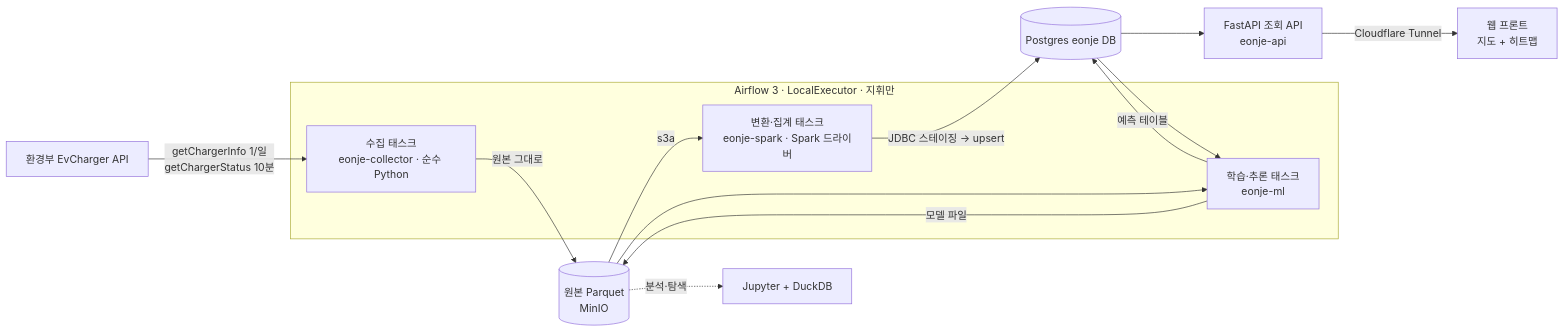
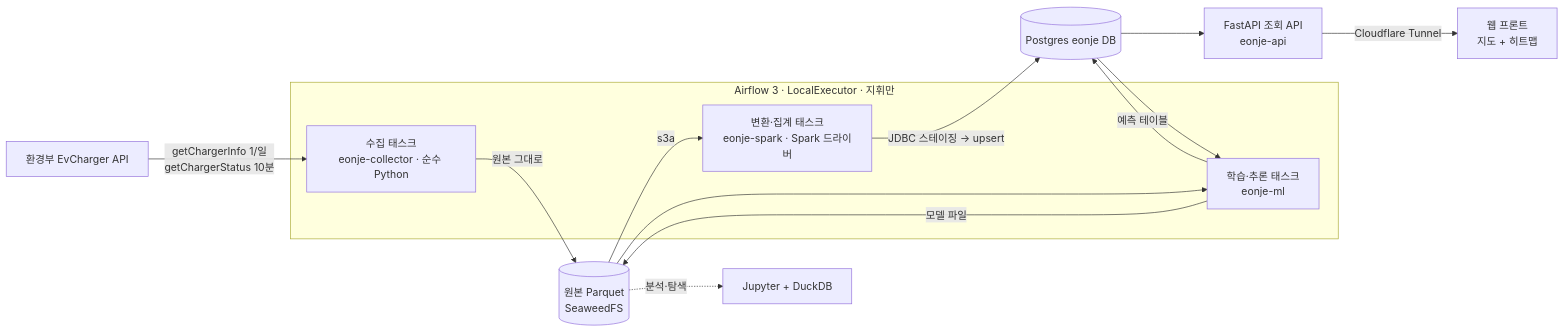
Before and after one commit to jungyu333/eonje: the first of 2 diagrams in docs/design.md, drawn with Mermaid. The commit also changed other lines of this file and 31 other files, not shown here.

````diff
--- a/docs/design.md
+++ b/docs/design.md
@@ -25,21 +25,21 @@
 ```mermaid
 flowchart LR
     API[환경부 EvCharger API] -->|getChargerInfo 1/일<br/>getChargerStatus 10분| COL
 
     subgraph AF[Airflow 3 · LocalExecutor · 지휘만]
         COL[수집 태스크<br/>eonje-collector · 순수 Python]
         SPK[변환·집계 태스크<br/>eonje-spark · Spark 드라이버]
         ML[학습·추론 태스크<br/>eonje-ml]
     end
 
-    COL -->|원본 그대로| RAW[(원본 Parquet<br/>MinIO)]
+    COL -->|원본 그대로| RAW[(원본 Parquet<br/>SeaweedFS)]
     RAW -->|s3a| SPK
     SPK -->|JDBC 스테이징 → upsert| DB[(Postgres eonje DB)]
     DB --> ML
     RAW --> ML
     ML -->|모델 파일| RAW
     ML -->|예측 테이블| DB
     DB --> SRV[FastAPI 조회 API<br/>eonje-api]
     SRV -->|Cloudflare Tunnel| WEB[웹 프론트<br/>지도 + 히트맵]
     RAW -.->|분석·탐색| DUCK[Jupyter + DuckDB]
 ```
````
